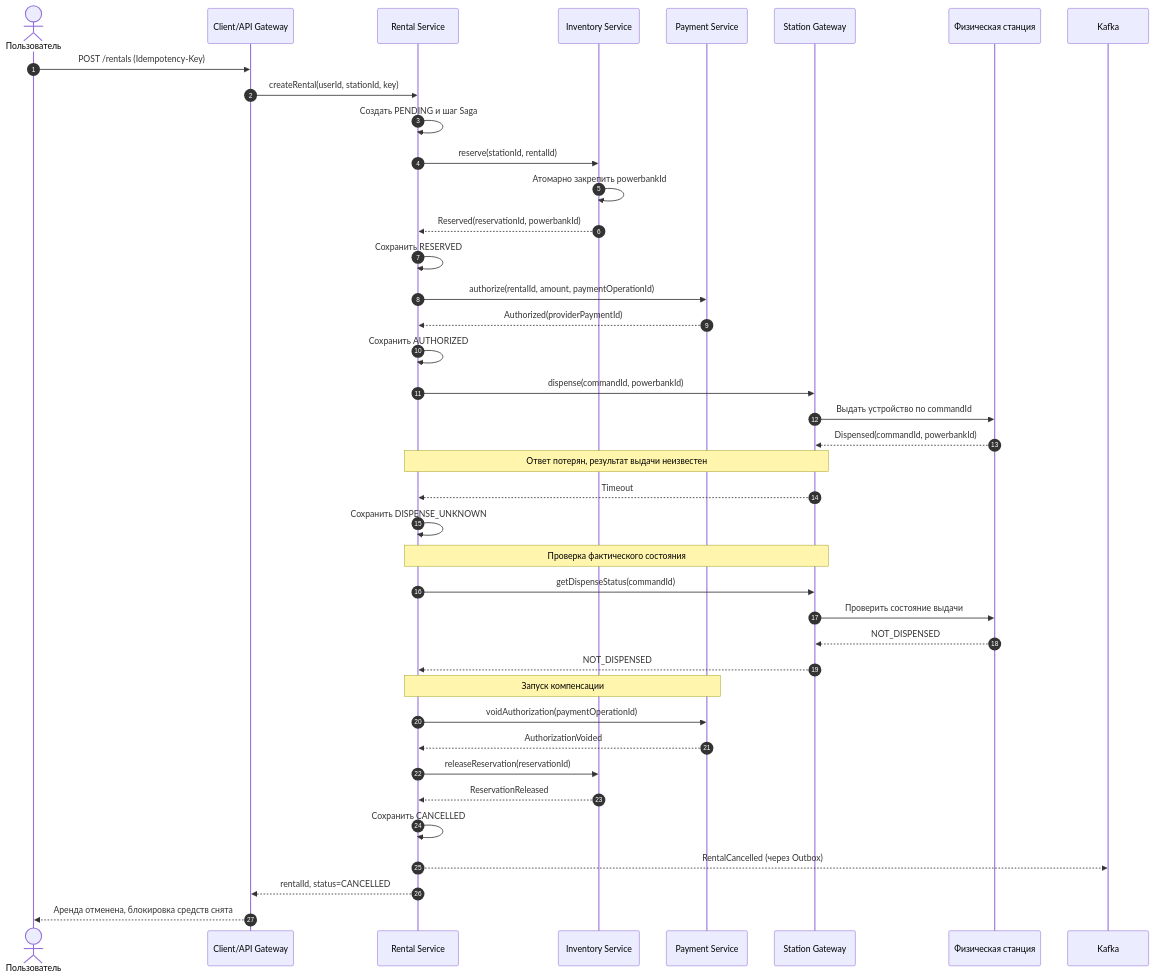
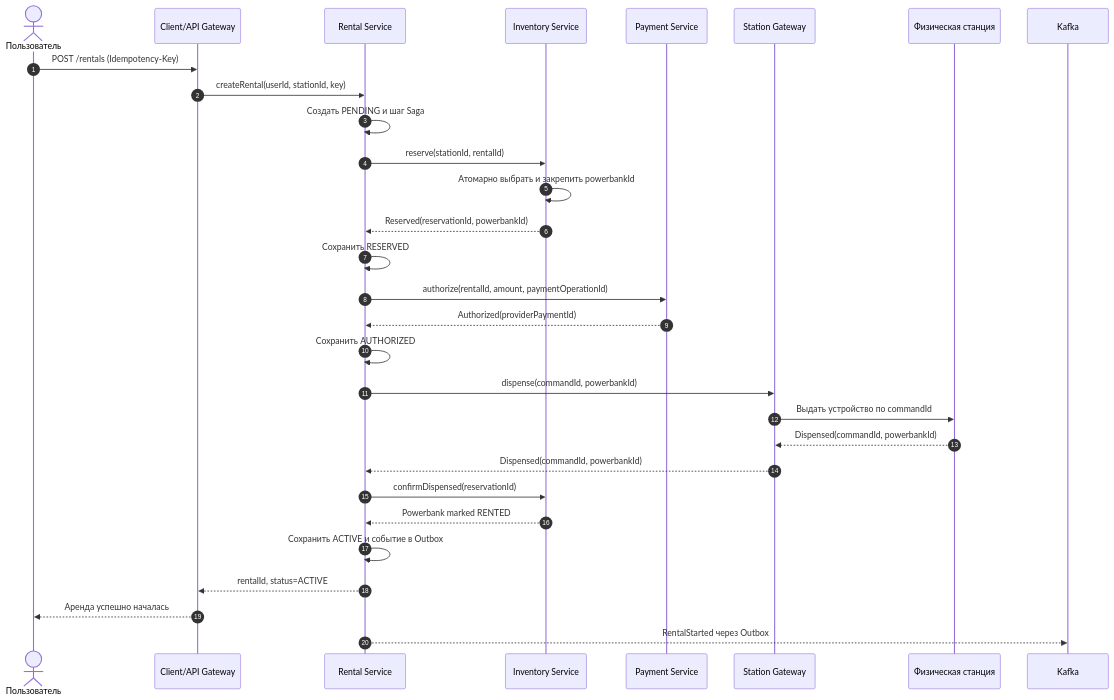
Before and after one commit to mariednsk/powerbank-rental: the second of 5 diagrams in docs/process.md, drawn with Mermaid.

````diff
--- a/docs/process.md
+++ b/docs/process.md
@@ -82,51 +82,39 @@
 ```mermaid
 sequenceDiagram
     autonumber
     actor U as Пользователь
     participant C as Client/API Gateway
     participant R as Rental Service
     participant I as Inventory Service
     participant P as Payment Service
     participant G as Station Gateway
     participant S as Физическая станция
     participant K as Kafka
 
     U->>C: POST /rentals (Idempotency-Key)
     C->>R: createRental(userId, stationId, key)
     R->>R: Создать PENDING и шаг Saga
 
     R->>I: reserve(stationId, rentalId)
-    I->>I: Атомарно закрепить powerbankId
+    I->>I: Атомарно выбрать и закрепить powerbankId
     I-->>R: Reserved(reservationId, powerbankId)
     R->>R: Сохранить RESERVED
 
     R->>P: authorize(rentalId, amount, paymentOperationId)
     P-->>R: Authorized(providerPaymentId)
     R->>R: Сохранить AUTHORIZED
 
     R->>G: dispense(commandId, powerbankId)
     G->>S: Выдать устройство по commandId
     S-->>G: Dispensed(commandId, powerbankId)
+    G-->>R: Dispensed(commandId, powerbankId)
 
-    Note over G,R: Ответ потерян, результат выдачи неизвестен
-    G-->>R: Timeout
-    R->>R: Сохранить DISPENSE_UNKNOWN
+    R->>I: confirmDispensed(reservationId)
+    I-->>R: Powerbank marked RENTED
 
-    Note over R,G: Проверка фактического состояния
-    R->>G: getDispenseStatus(commandId)
-    G->>S: Проверить состояние выдачи
-    S-->>G: NOT_DISPENSED
-    G-->>R: NOT_DISPENSED
+    R->>R: Сохранить ACTIVE и событие в Outbox
+    R-->>C: rentalId, status=ACTIVE
+    C-->>U: Аренда успешно началась
 
-    Note over R,P: Запуск компенсации
-    R->>P: voidAuthorization(paymentOperationId)
-    P-->>R: AuthorizationVoided
-
-    R->>I: releaseReservation(reservationId)
-    I-->>R: ReservationReleased
-
-    R->>R: Сохранить CANCELLED
-    R-->>K: RentalCancelled (через Outbox)
-    R-->>C: rentalId, status=CANCELLED
-    C-->>U: Аренда отменена, блокировка средств снята
+    R-->>K: RentalStarted через Outbox
 ```
````
